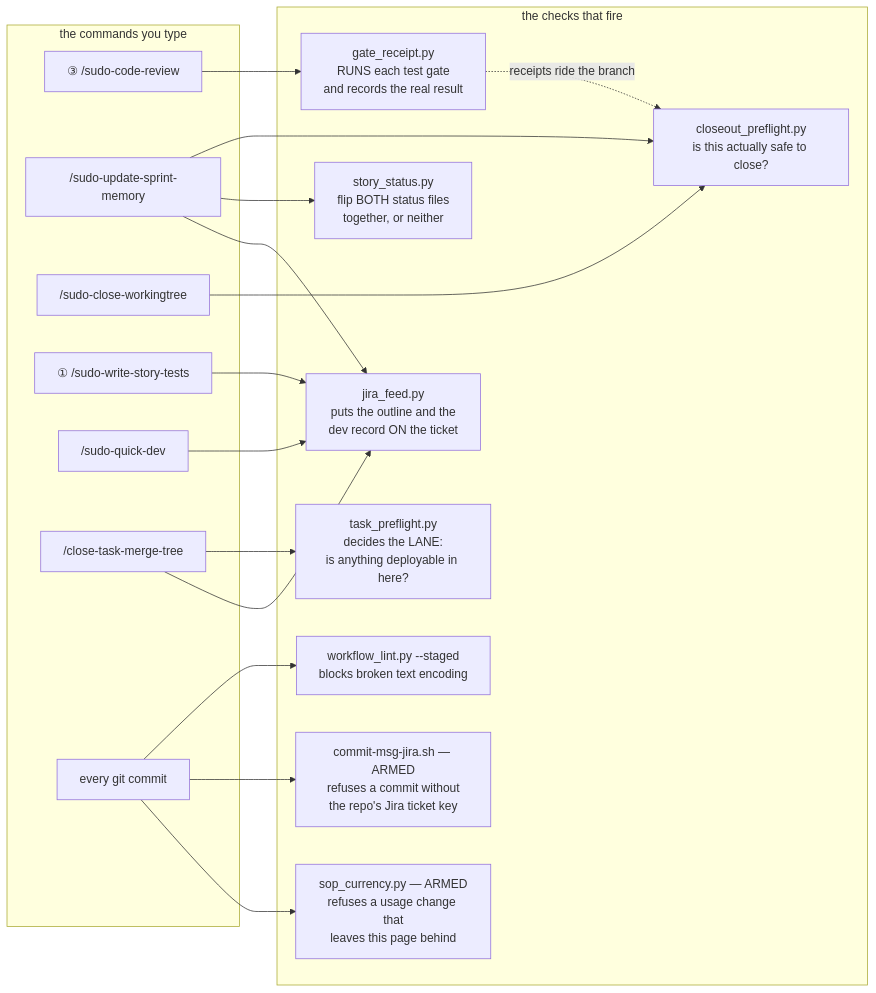
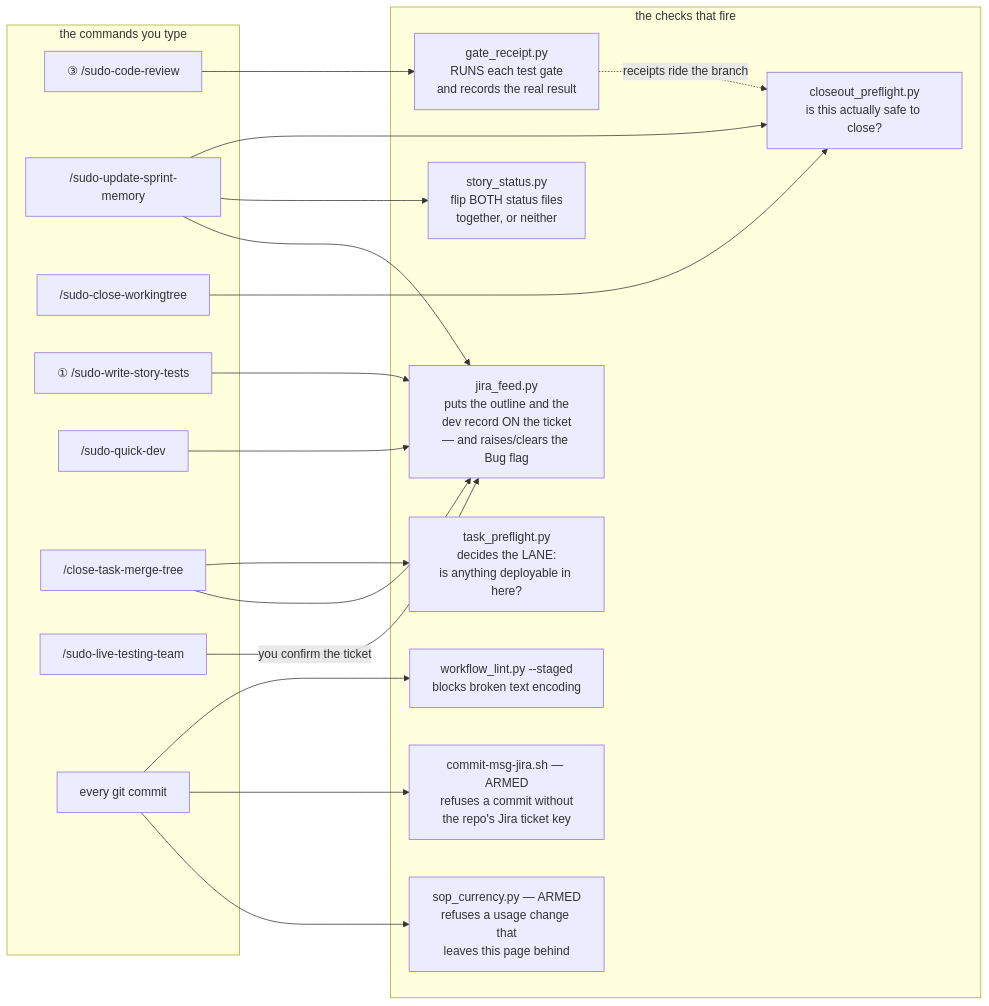
Before and after one commit to sudomadhatter/Sudo_Hatter_Command: the third of 8 diagrams in _my_resources/_quick_reference/sudo_workflows_testing.md, drawn with Mermaid. The commit also changed other lines of this file and 6 other files, not shown here.

First line of the commit message:
SCC-54 feat(jira): trace + flag — the audit raises the Bug, you confirm it

````diff
--- a/_my_resources/_quick_reference/sudo_workflows_testing.md
+++ b/_my_resources/_quick_reference/sudo_workflows_testing.md
@@ -251,35 +251,37 @@
 ```mermaid
 flowchart LR
     subgraph CMD ["the commands you type"]
         R["③ /sudo-code-review"]
         M["/sudo-update-sprint-memory"]
         W["/sudo-close-workingtree"]
         S["① /sudo-write-story-tests"]
         Q["/sudo-quick-dev"]
         T["/close-task-merge-tree"]
+        L["/sudo-live-testing-team"]
         G["every git commit"]
     end
     subgraph CHK ["the checks that fire"]
         GR["gate_receipt.py\nRUNS each test gate\nand records the real result"]
         CP["closeout_preflight.py\nis this actually safe to close?"]
         SS["story_status.py\nflip BOTH status files\ntogether, or neither"]
         WL["workflow_lint.py --staged\nblocks broken text encoding"]
         JH["commit-msg-jira.sh — ARMED\nrefuses a commit without\nthe repo's Jira ticket key"]
         SC["sop_currency.py — ARMED\nrefuses a usage change that\nleaves this page behind"]
-        JF["jira_feed.py\nputs the outline and the\ndev record ON the ticket"]
+        JF["jira_feed.py\nputs the outline and the\ndev record ON the ticket\n— and raises/clears the Bug flag"]
         TP["task_preflight.py\ndecides the LANE:\nis anything deployable in here?"]
     end
     R --> GR
     M --> CP
     M --> SS
     M --> JF
     S --> JF
     Q --> JF
     T --> TP
     T --> JF
+    L -->|"you confirm the ticket"| JF
     W --> CP
     G --> WL
     G --> JH
     G --> SC
     GR -.->|"receipts ride the branch"| CP
 ```
````
